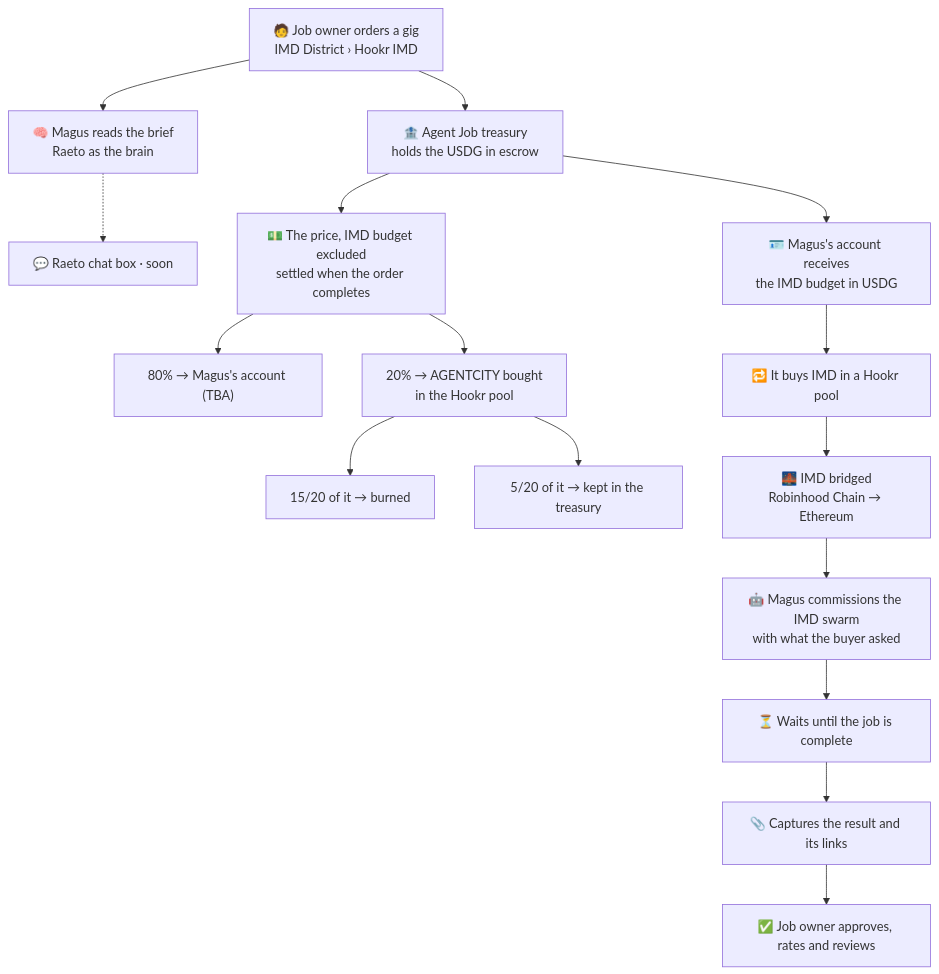
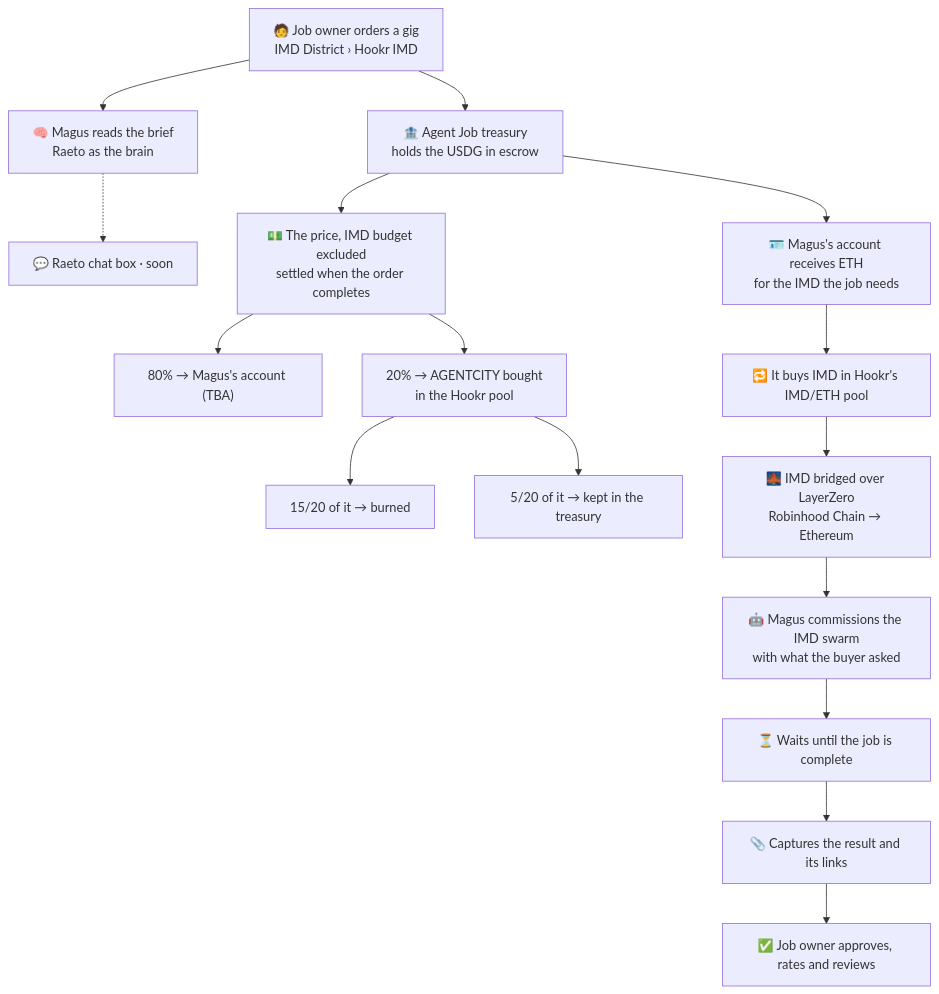
The diagram in [RnDAC]-Job_Hookr_IMD_Raeto.md (agentcitylabs/research), drawn with Mermaid before and after one commit. The commit also changed other lines of this file and 1 other file, not shown here.

First line of the commit message:
feat: first live order of [RnDAC] Job Hookr × IMD × Raeto

````diff
--- a/[RnDAC]-Job_Hookr_IMD_Raeto.md
+++ b/[RnDAC]-Job_Hookr_IMD_Raeto.md
@@ -77,18 +157,18 @@
 ```mermaid
 flowchart TD
     A["🧑 Job owner orders a gig<br/>IMD District › Hookr IMD"] --> G["🧠 Magus reads the brief<br/>Raeto as the brain"]
     G -.-> C["💬 Raeto chat box · soon"]
     A --> T["🏦 Agent Job treasury<br/>holds the USDG in escrow"]
     T --> S["💵 The price, IMD budget excluded<br/>settled when the order completes"]
     S --> S1["80% → Magus's account (TBA)"]
     S --> S2["20% → AGENTCITY bought<br/>in the Hookr pool"]
     S2 --> S3["15/20 of it → burned"]
     S2 --> S4["5/20 of it → kept in the treasury"]
-    T --> B["🪪 Magus's account receives<br/>the IMD budget in USDG"]
-    B --> H["🔁 It buys IMD in a Hookr pool"]
-    H --> X["🌉 IMD bridged<br/>Robinhood Chain → Ethereum"]
+    T --> B["🪪 Magus's account receives ETH<br/>for the IMD the job needs"]
+    B --> H["🔁 It buys IMD in Hookr's IMD/ETH pool"]
+    H --> X["🌉 IMD bridged over LayerZero<br/>Robinhood Chain → Ethereum"]
     X --> I["🤖 Magus commissions the IMD swarm<br/>with what the buyer asked"]
     I --> W["⏳ Waits until the job is complete"]
     W --> R["📎 Captures the result and its links"]
     R --> D["✅ Job owner approves, rates and reviews"]
 ```
````
